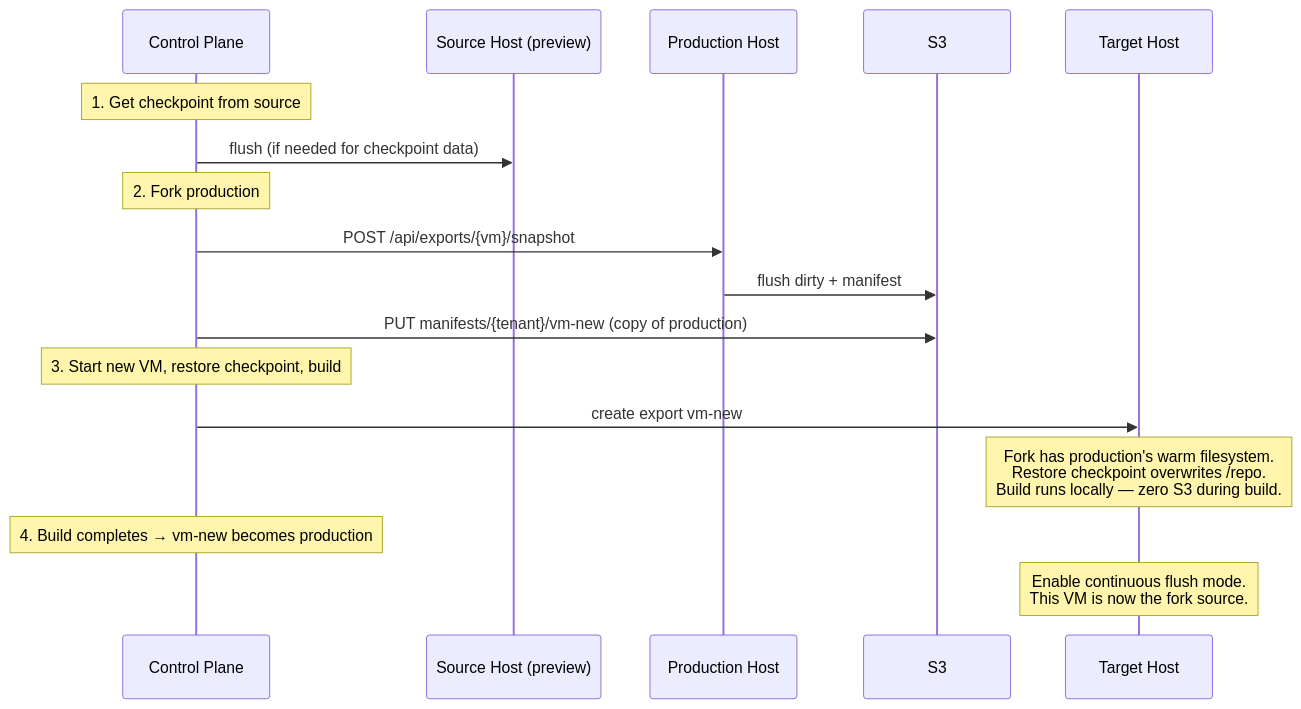
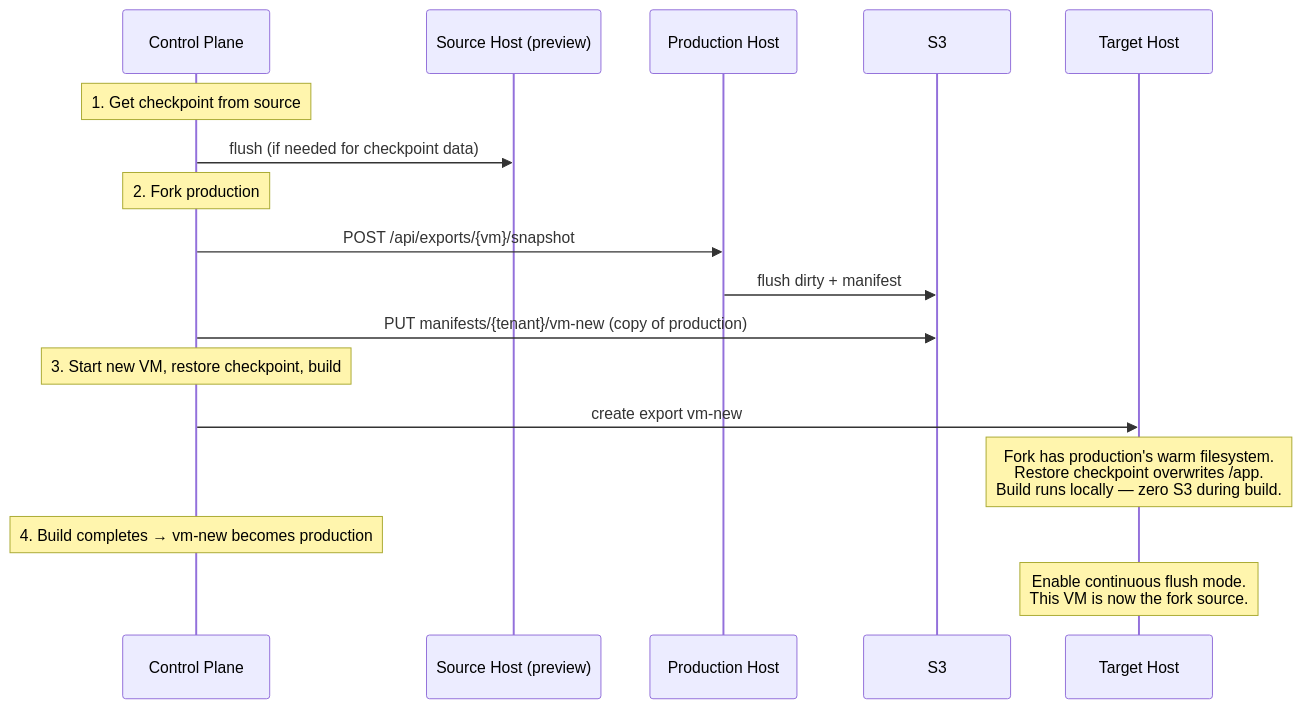
One commit to beyondoss/glidefs changed the third of 12 diagrams in GLIDEv2.md. Above: the diagram before and after it, drawn with Mermaid. The commit also changed 27 other files, not shown here.

````diff
--- a/GLIDEv2.md
+++ b/GLIDEv2.md
@@ -224,23 +224,23 @@
 ```mermaid
 sequenceDiagram
     participant CP as Control Plane
     participant SRC as Source Host (preview)
     participant PROD as Production Host
     participant S3 as S3
     participant DST as Target Host
 
     Note over CP: 1. Get checkpoint from source
     CP->>SRC: flush (if needed for checkpoint data)
 
     Note over CP: 2. Fork production
     CP->>PROD: POST /api/exports/{vm}/snapshot
     PROD->>S3: flush dirty + manifest
     CP->>S3: PUT manifests/{tenant}/vm-new (copy of production)
 
     Note over CP: 3. Start new VM, restore checkpoint, build
     CP->>DST: create export vm-new
-    Note over DST: Fork has production's warm filesystem.<br/>Restore checkpoint overwrites /repo.<br/>Build runs locally — zero S3 during build.
+    Note over DST: Fork has production's warm filesystem.<br/>Restore checkpoint overwrites /app.<br/>Build runs locally — zero S3 during build.
 
     Note over CP: 4. Build completes → vm-new becomes production
     Note over DST: Enable continuous flush mode.<br/>This VM is now the fork source.
 ```
````
